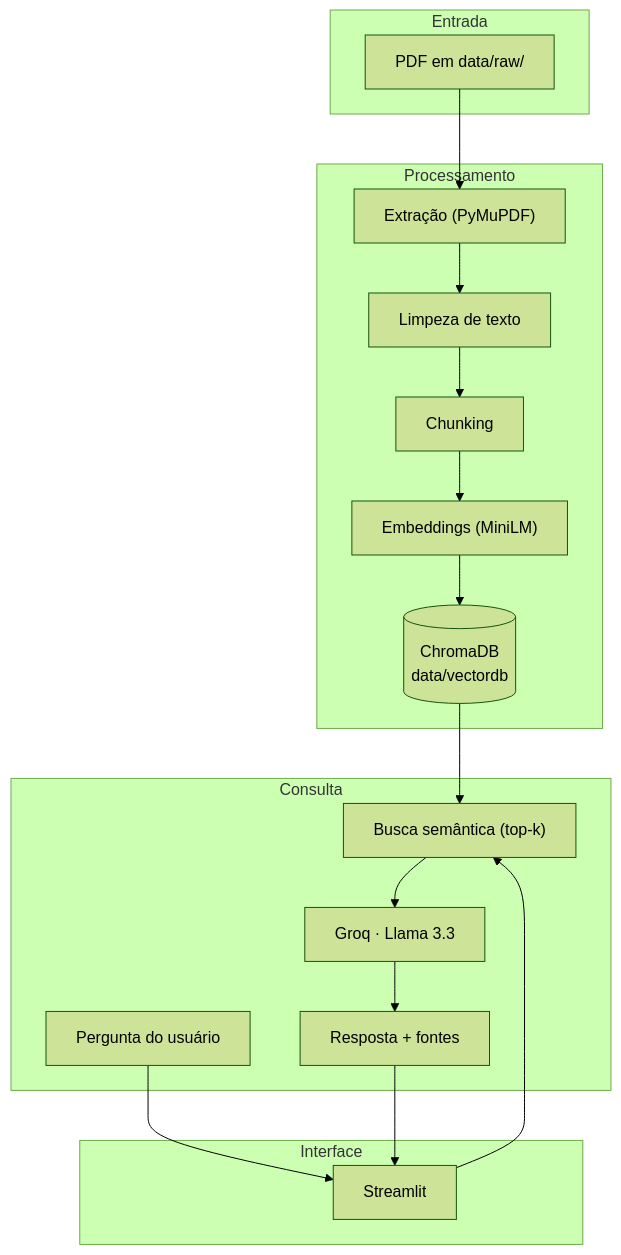
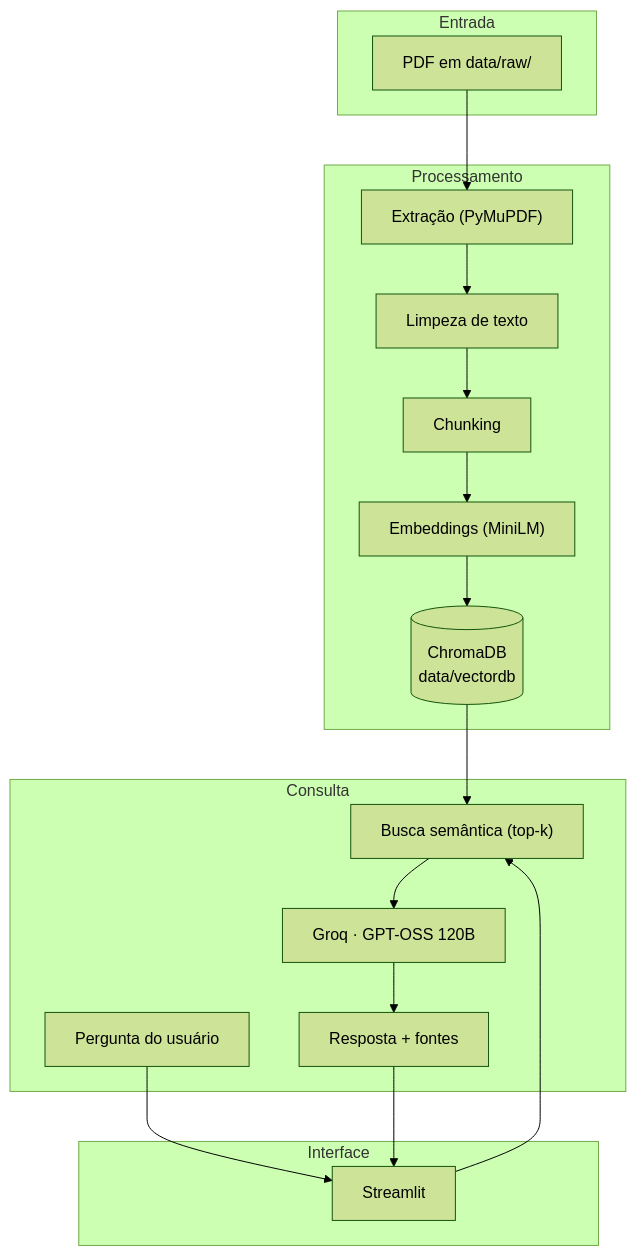
The diagram in README.md (ReMendess/genreport-ai_Sprint3), drawn with Mermaid (forest theme) before and after one commit. The commit also changed other lines of this file and 5 other files, not shown here.

````diff
--- a/README.md
+++ b/README.md
@@ -187,29 +187,29 @@
 ```mermaid
 flowchart TB
     subgraph Entrada
         PDF["PDF em data/raw/"]
     end
 
     subgraph Processamento
         EXT["Extração (PyMuPDF)"]
         CLN["Limpeza de texto"]
         CHK["Chunking"]
         EMB["Embeddings (MiniLM)"]
         VDB[("ChromaDB\n data/vectordb")]
     end
 
     subgraph Consulta
         USR["Pergunta do usuário"]
         RET["Busca semântica (top-k)"]
-        LLM["Groq · Llama 3.3"]
+        LLM["Groq · GPT-OSS 120B"]
         RSP["Resposta + fontes"]
     end
 
     subgraph Interface
         ST["Streamlit"]
     end
 
     PDF --> EXT --> CLN --> CHK --> EMB --> VDB
     USR --> ST --> RET
     VDB --> RET --> LLM --> RSP --> ST
 ```
````
